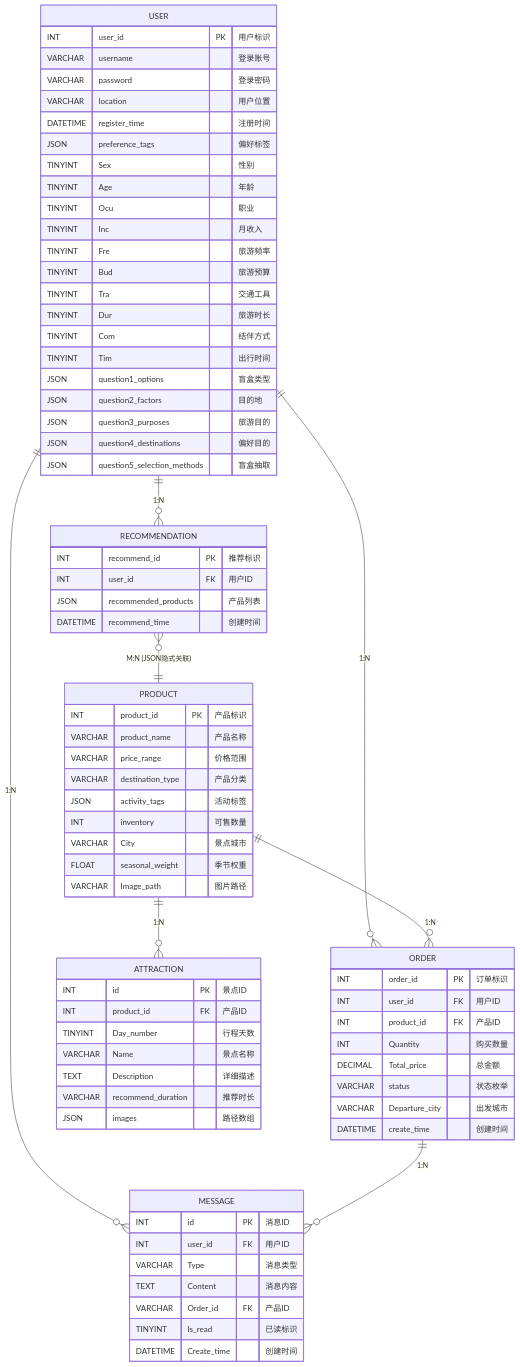
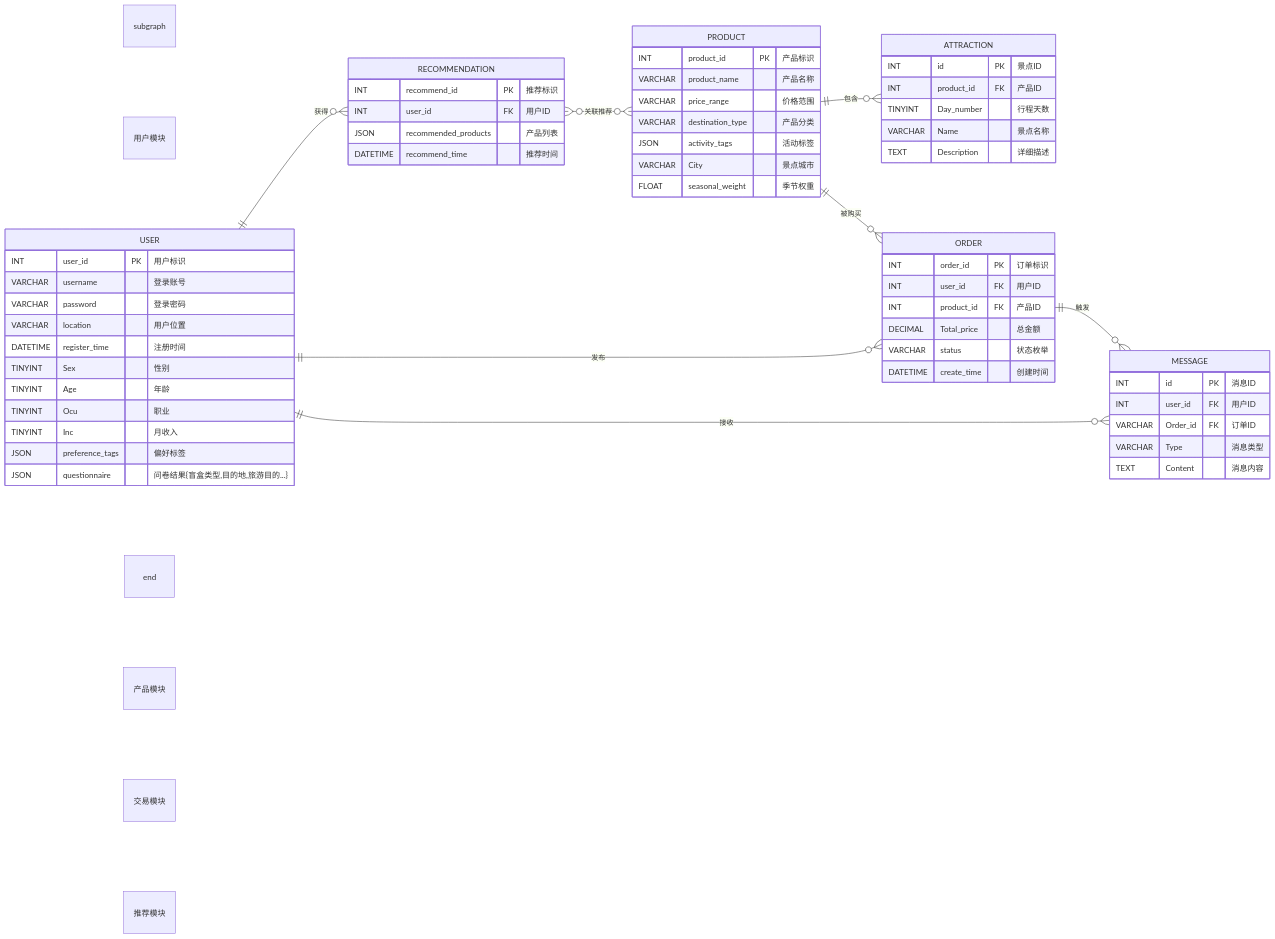
Before and after one commit to 1215587043/iodraw-files: the diagram in all/未命名-1.md, drawn with Mermaid.

Commit message:
2025-04-10 23:44:31 update

````diff
--- a/all/未命名-1.md
+++ b/all/未命名-1.md
@@ -1,84 +1,85 @@
 ```mermaid
 erDiagram
-    USER ||--o{ ORDER : "1:N"
-    USER ||--o{ RECOMMENDATION : "1:N"
-    USER ||--o{ MESSAGE : "1:N"
-    PRODUCT ||--o{ ATTRACTION : "1:N"
-    PRODUCT ||--o{ ORDER : "1:N"
-    ORDER ||--o{ MESSAGE : "1:N"
-    RECOMMENDATION }o--|| PRODUCT : "M:N (JSON隐式关联)"
-
+    %% 主布局方向调整为横向
+    direction LR
+    
+    %% ========== 用户模块 ==========
+    subgraph 用户模块
+    USER {
+        INT user_id PK "用户标识"
+        VARCHAR username "登录账号"
+        VARCHAR password "登录密码"
+        VARCHAR location "用户位置"
+        DATETIME register_time "注册时间"
+        TINYINT Sex "性别"
+        TINYINT Age "年龄"
+        TINYINT Ocu "职业"
+        TINYINT Inc "月收入"
+        JSON preference_tags "偏好标签"
+        JSON questionnaire "问卷结果{盲盒类型,目的地,旅游目的...}"
+    }
+    end
+    
+    %% ========== 产品模块 ==========
+    subgraph 产品模块
     PRODUCT {
         INT product_id PK "产品标识"
         VARCHAR product_name "产品名称"
         VARCHAR price_range "价格范围"
         VARCHAR destination_type "产品分类"
         JSON activity_tags "活动标签"
-        INT inventory "可售数量"
         VARCHAR City "景点城市"
         FLOAT seasonal_weight "季节权重"
-        VARCHAR Image_path "图片路径"
     }
-
-    USER {
-        INT user_id PK "用户标识"
-        VARCHAR username "登录账号"
-        VARCHAR password "登录密码"
-        VARCHAR location "用户位置"
-        DATETIME register_time "注册时间"
-        JSON preference_tags "偏好标签"
-        TINYINT Sex "性别"
-        TINYINT Age "年龄"
-        TINYINT Ocu "职业"
-        TINYINT Inc "月收入"
-        TINYINT Fre "旅游频率"
-        TINYINT Bud "旅游预算"
-        TINYINT Tra "交通工具"
-        TINYINT Dur "旅游时长"
-        TINYINT Com "结伴方式"
-        TINYINT Tim "出行时间"
-        JSON question1_options "盲盒类型"
-        JSON question2_factors "目的地"
-        JSON question3_purposes "旅游目的"
-        JSON question4_destinations "偏好目的"
-        JSON question5_selection_methods "盲盒抽取"
-    }
-
-    ORDER {
-        INT order_id PK "订单标识"
-        INT user_id FK "用户ID"
-        INT product_id FK "产品ID"
-        INT Quantity "购买数量"
-        DECIMAL Total_price "总金额"
-        VARCHAR status "状态枚举"
-        VARCHAR Departure_city "出发城市"
-        DATETIME create_time "创建时间"
-    }
-
-    RECOMMENDATION {
-        INT recommend_id PK "推荐标识"
-        INT user_id FK "用户ID"
-        JSON recommended_products "产品列表"
-        DATETIME recommend_time "创建时间"
-    }
-
+    
     ATTRACTION {
         INT id PK "景点ID"
         INT product_id FK "产品ID"
         TINYINT Day_number "行程天数"
         VARCHAR Name "景点名称"
         TEXT Description "详细描述"
-        VARCHAR recommend_duration "推荐时长"
-        JSON images "路径数组"
     }
-
+    end
+    
+    %% ========== 交易模块 ==========
+    subgraph 交易模块
+    ORDER {
+        INT order_id PK "订单标识"
+        INT user_id FK "用户ID"
+        INT product_id FK "产品ID"
+        DECIMAL Total_price "总金额"
+        VARCHAR status "状态枚举"
+        DATETIME create_time "创建时间"
+    }
+    
     MESSAGE {
         INT id PK "消息ID"
         INT user_id FK "用户ID"
+        VARCHAR Order_id FK "订单ID"
         VARCHAR Type "消息类型"
         TEXT Content "消息内容"
-        VARCHAR Order_id FK "产品ID"
-        TINYINT Is_read "已读标识"
-        DATETIME Create_time "创建时间"
-    }    
+    }
+    end
+    
+    %% ========== 推荐模块 ==========
+    subgraph 推荐模块
+    RECOMMENDATION {
+        INT recommend_id PK "推荐标识"
+        INT user_id FK "用户ID"
+        JSON recommended_products "产品列表"
+        DATETIME recommend_time "推荐时间"
+    }
+    end
+    
+    %% ========== 关系定义 ==========
+    USER ||--o{ ORDER : "发布"
+    USER ||--o{ RECOMMENDATION : "获得"
+    USER ||--o{ MESSAGE : "接收"
+    
+    PRODUCT ||--o{ ATTRACTION : "包含"
+    PRODUCT ||--o{ ORDER : "被购买"
+    
+    ORDER ||--o{ MESSAGE : "触发"
+    
+    RECOMMENDATION }o..o{ PRODUCT : "关联推荐" 
 ```
````
